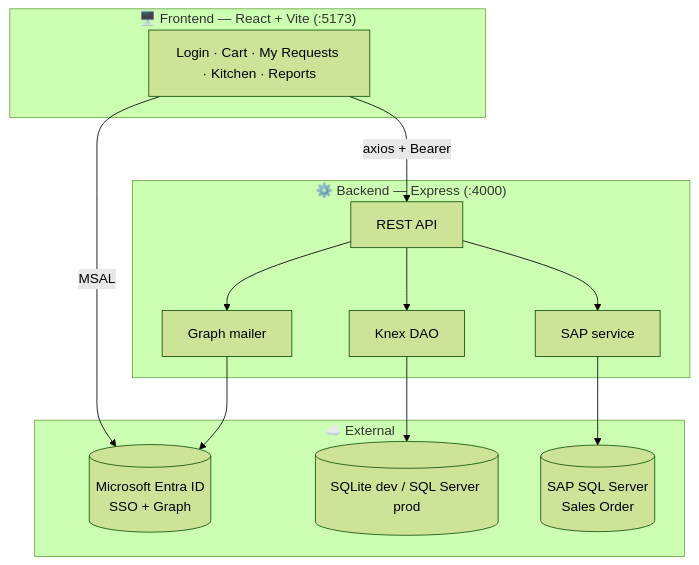
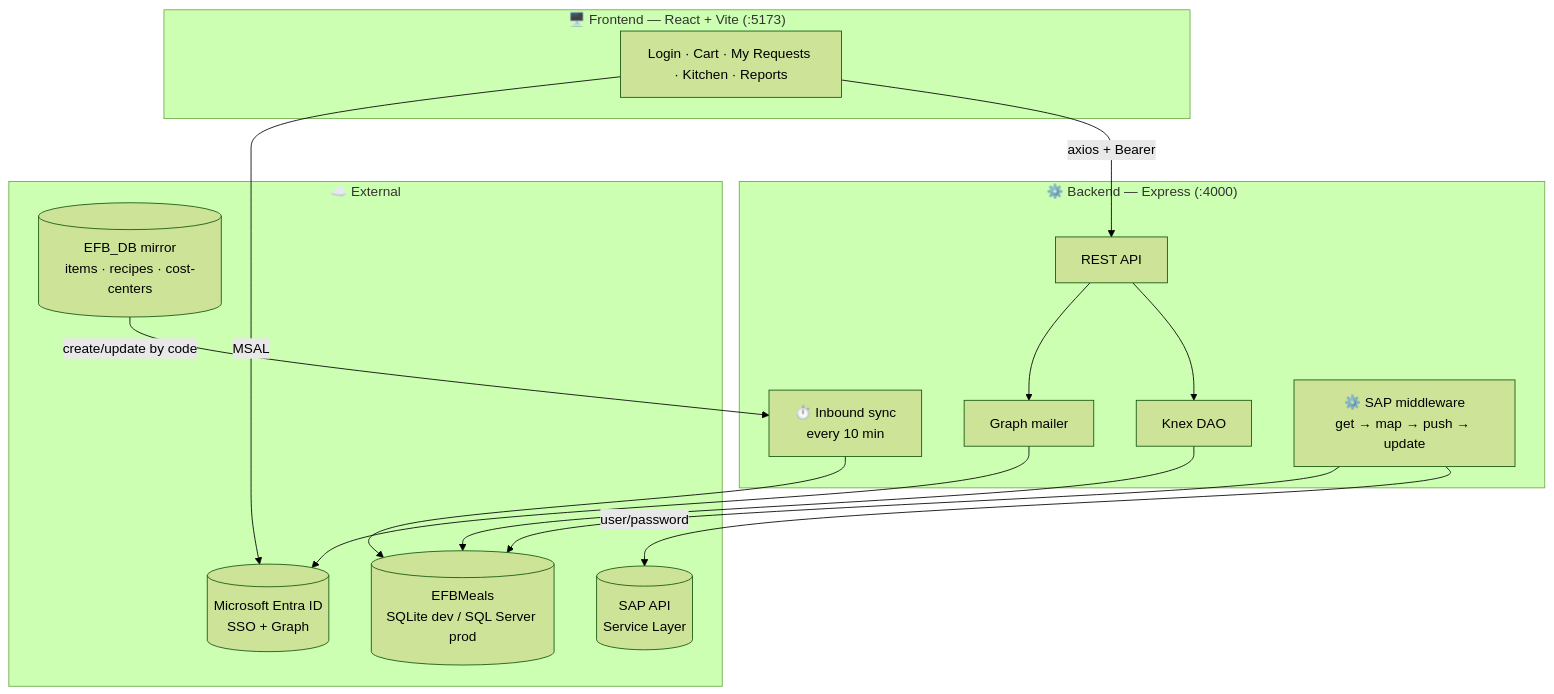
One commit to Moataz-Elmesmary/EFB-Meals changed the second of 2 diagrams in README.md. Above: the diagram before and after it, drawn with Mermaid (forest theme). The commit also changed other lines of this file and 1 other file, not shown here.

````diff
--- a/README.md
+++ b/README.md
@@ -77,22 +81,26 @@
 ```mermaid
 flowchart TB
   subgraph Client["🖥️ Frontend — React + Vite (:5173)"]
     UI[Login · Cart · My Requests · Kitchen · Reports]
   end
   subgraph API["⚙️ Backend — Express (:4000)"]
     R[REST API]
     DAO[Knex DAO]
     MAIL[Graph mailer]
-    SAPS[SAP service]
+    SYNC[⏱️ Inbound sync<br/>every 10 min]
+    SOUT[⚙️ SAP middleware<br/>get → map → push → update]
   end
   subgraph Ext["☁️ External"]
     AAD[(Microsoft Entra ID<br/>SSO + Graph)]
-    DB[(SQLite dev / SQL Server prod)]
-    SAP[(SAP SQL Server<br/>Sales Order)]
+    DB[(EFBMeals<br/>SQLite dev / SQL Server prod)]
+    SRC[(EFB_DB mirror<br/>items · recipes · cost-centers)]
+    SAP[(SAP API<br/>Service Layer)]
   end
   UI -->|axios + Bearer| R
   R --> DAO --> DB
   R --> MAIL --> AAD
   UI -->|MSAL| AAD
-  R --> SAPS --> SAP
+  SRC -->|create/update by code| SYNC --> DB
+  SOUT -->|user/password| SAP
+  SOUT --> DB
 ```
````
